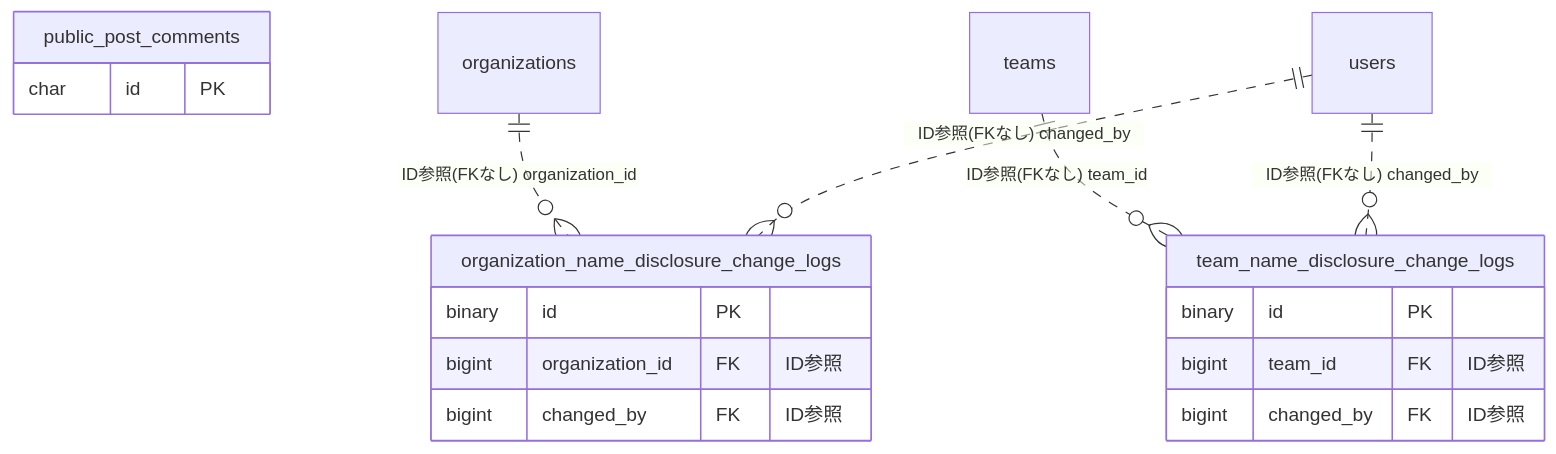
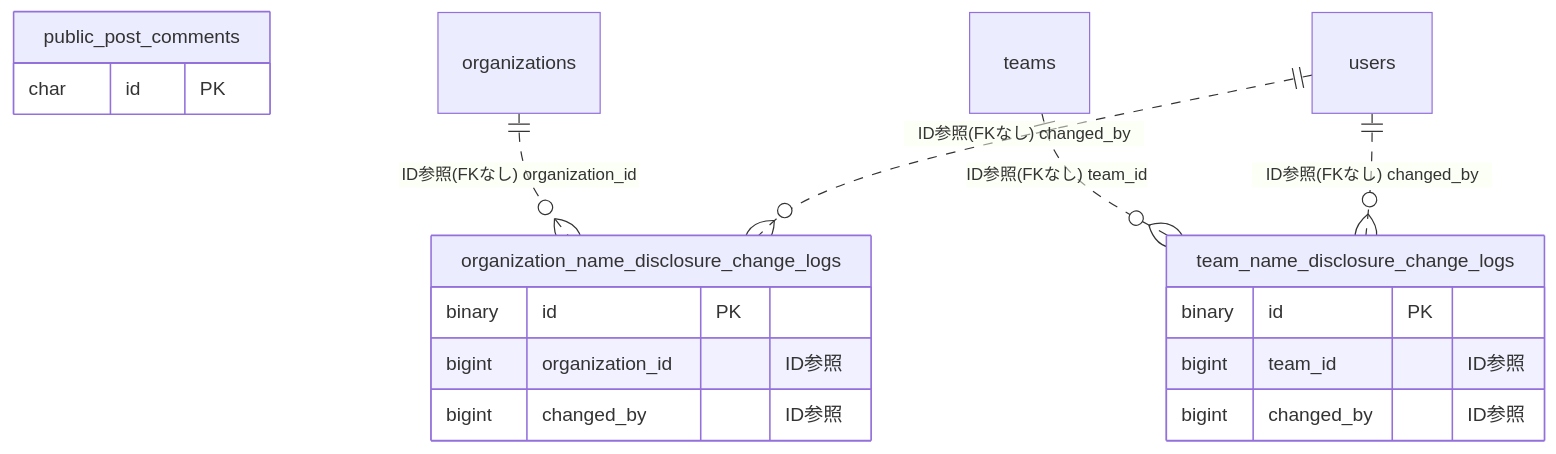
Before and after one commit to kenta-0420/mannschaft: the diagram in docs/architecture/er/publicview.md, drawn with Mermaid. The commit also changed other lines of this file and 115 other files, not shown here.

Commit message:
改善: ER図のFKマーカーを実FKのみに限定し、被参照の逆引き節とREADME凡例を追加 (PR #4268)

````diff
--- a/docs/architecture/er/publicview.md
+++ b/docs/architecture/er/publicview.md
@@ -12,23 +12,23 @@
 ```mermaid
 erDiagram
     organization_name_disclosure_change_logs {
         binary id PK
-        bigint organization_id FK "ID参照"
-        bigint changed_by FK "ID参照"
+        bigint organization_id "ID参照"
+        bigint changed_by "ID参照"
     }
     public_post_comments {
         char id PK
     }
     team_name_disclosure_change_logs {
         binary id PK
-        bigint team_id FK "ID参照"
-        bigint changed_by FK "ID参照"
+        bigint team_id "ID参照"
+        bigint changed_by "ID参照"
     }
     organizations
     teams
     users
     organizations ||..o{ organization_name_disclosure_change_logs : "ID参照(FKなし) organization_id"
     users ||..o{ organization_name_disclosure_change_logs : "ID参照(FKなし) changed_by"
     teams ||..o{ team_name_disclosure_change_logs : "ID参照(FKなし) team_id"
     users ||..o{ team_name_disclosure_change_logs : "ID参照(FKなし) changed_by"
 ```
````
